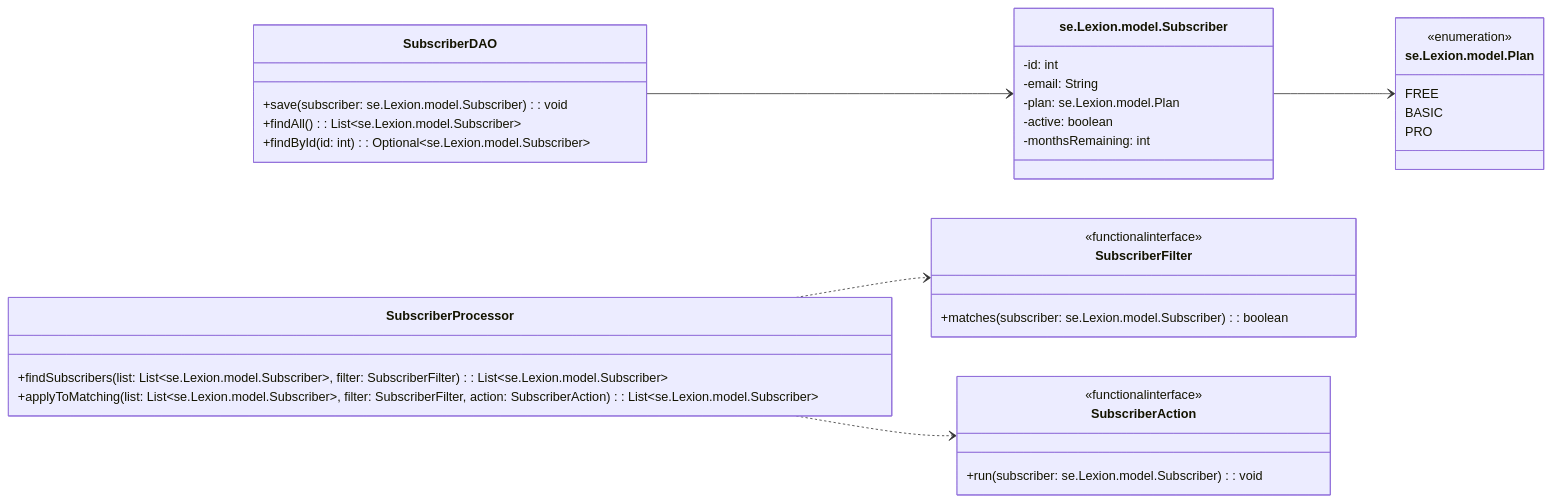
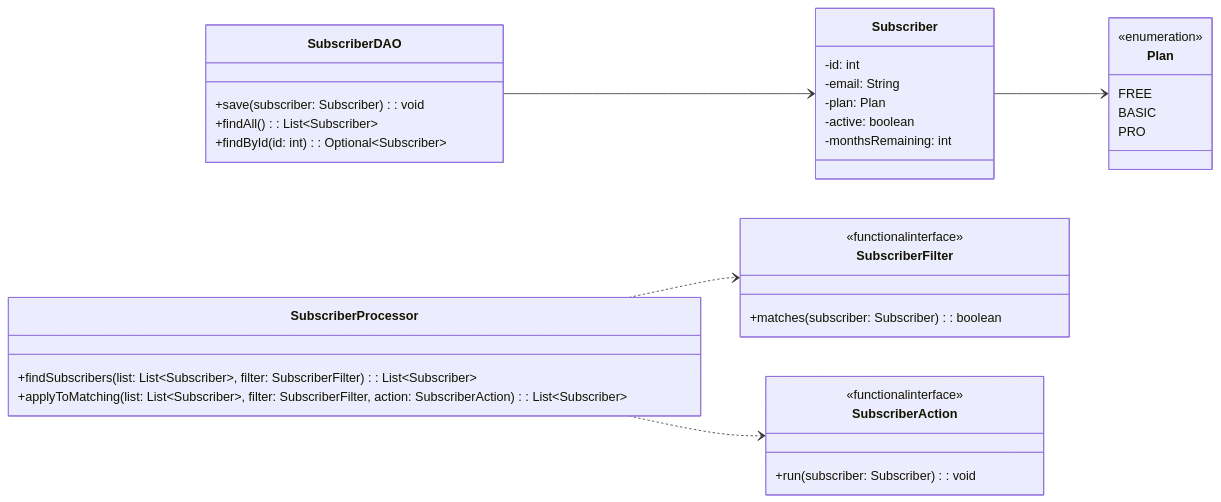
The diagram in Functional_Programming_Workshop.md (KristyH89/Workshop9-Functional-Programming), drawn with Mermaid before and after one commit. The commit also changed other lines of this file, not shown here.

Commit message:
Add instructions Workshop 9 Functional Programming

````diff
--- a/Functional_Programming_Workshop.md
+++ b/Functional_Programming_Workshop.md
@@ -16,45 +16,45 @@
 ```mermaid
 classDiagram
     direction LR
 
-    class se.Lexion.model.Subscriber {
+    class Subscriber {
         -id: int
         -email: String
-        -plan: se.Lexion.model.Plan
+        -plan: Plan
         -active: boolean
         -monthsRemaining: int
     }
 
-    class se.Lexion.model.Plan {
+    class Plan {
         <<enumeration>>
         FREE
         BASIC
         PRO
     }
 
     class SubscriberDAO {
-        +save(subscriber: se.Lexion.model.Subscriber): void
-        +findAll(): List~se.Lexion.model.Subscriber~
-        +findById(id: int): Optional~se.Lexion.model.Subscriber~
+        +save(subscriber: Subscriber): void
+        +findAll(): List~Subscriber~
+        +findById(id: int): Optional~Subscriber~
     }
 
     class SubscriberFilter {
         <<functionalinterface>>
-        +matches(subscriber: se.Lexion.model.Subscriber): boolean
+        +matches(subscriber: Subscriber): boolean
     }
 
     class SubscriberAction {
         <<functionalinterface>>
-        +run(subscriber: se.Lexion.model.Subscriber): void
+        +run(subscriber: Subscriber): void
     }
 
     class SubscriberProcessor {
-        +findSubscribers(list: List~se.Lexion.model.Subscriber~, filter: SubscriberFilter): List~se.Lexion.model.Subscriber~
-        +applyToMatching(list: List~se.Lexion.model.Subscriber~, filter: SubscriberFilter, action: SubscriberAction): List~se.Lexion.model.Subscriber~
+        +findSubscribers(list: List~Subscriber~, filter: SubscriberFilter): List~Subscriber~
+        +applyToMatching(list: List~Subscriber~, filter: SubscriberFilter, action: SubscriberAction): List~Subscriber~
     }
 
-    se.Lexion.model.Subscriber --> se.Lexion.model.Plan
-    SubscriberDAO --> se.Lexion.model.Subscriber
+    Subscriber --> Plan
+    SubscriberDAO --> Subscriber
     SubscriberProcessor ..> SubscriberFilter
     SubscriberProcessor ..> SubscriberAction
 ```
````
